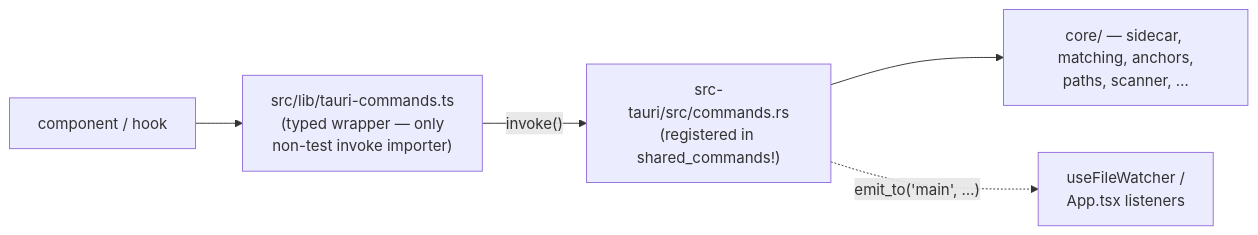
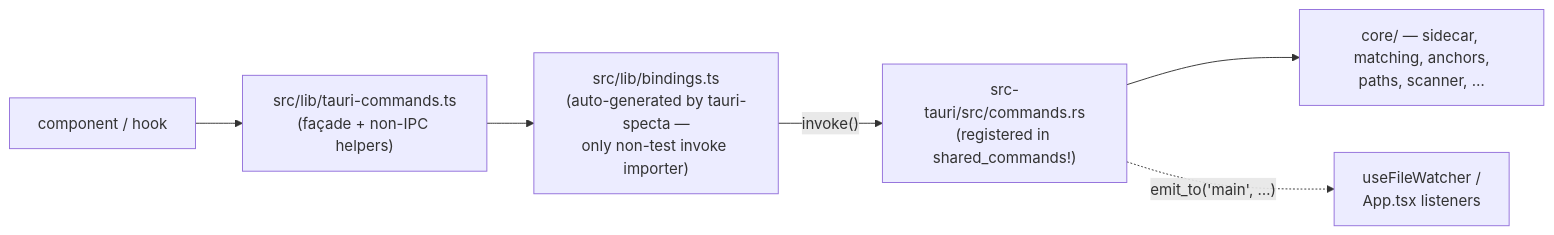
The second of 3 diagrams in docs/architecture.md (dryotta/mDown-reView), drawn with Mermaid before and after one commit. The commit also changed other lines of this file and 8 other files, not shown here.

````diff
--- a/docs/architecture.md
+++ b/docs/architecture.md
@@ -35,7 +35,8 @@
 ```mermaid
 flowchart LR
-    Comp["component / hook"] --> Wrapper["src/lib/tauri-commands.ts<br/>(typed wrapper — only<br/>non-test invoke importer)"]
-    Wrapper -- "invoke()" --> Cmd["src-tauri/src/commands.rs<br/>(registered in shared_commands!)"]
+    Comp["component / hook"] --> Facade["src/lib/tauri-commands.ts<br/>(façade + non-IPC helpers)"]
+    Facade --> Bindings["src/lib/bindings.ts<br/>(auto-generated by tauri-specta —<br/>only non-test invoke importer)"]
+    Bindings -- "invoke()" --> Cmd["src-tauri/src/commands.rs<br/>(registered in shared_commands!)"]
     Cmd --> Core["core/ — sidecar, matching, anchors,<br/>paths, scanner, …"]
     Cmd -. "emit_to('main', …)" .-> Listener["useFileWatcher /<br/>App.tsx listeners"]
 ```
````
